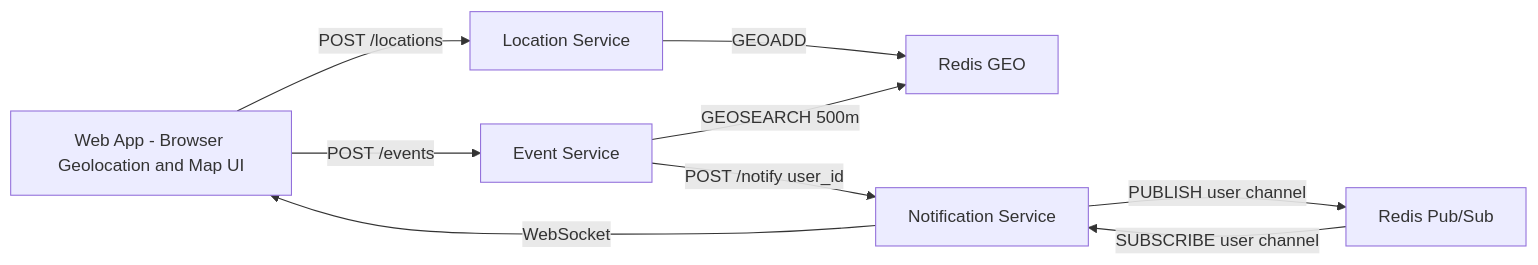
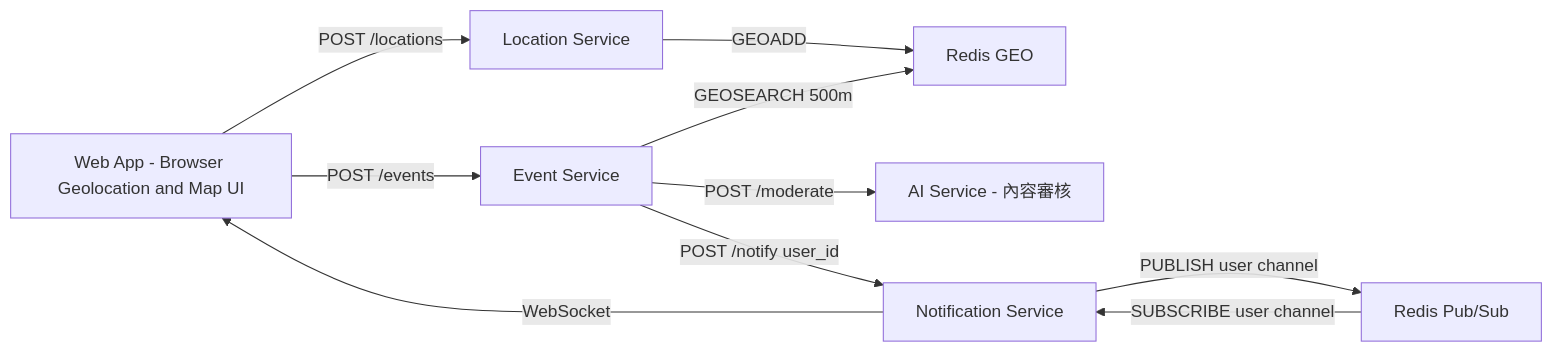
One commit to PattyShih/realtime_map_notice changed the diagram in system.md. Above: the diagram before and after it, drawn with Mermaid. The commit also changed other lines of this file and 2 other files, not shown here.

````diff
--- a/system.md
+++ b/system.md
@@ -19,11 +19,12 @@
 ```mermaid
 flowchart LR
     App["Web App - Browser Geolocation and Map UI"] -->|"POST /locations"| Location["Location Service"]
     Location -->|"GEOADD"| RedisGeo["Redis GEO"]
     App -->|"POST /events"| Event["Event Service"]
+    Event -->|"POST /moderate"| AI["AI Service - 內容審核"]
     Event -->|"GEOSEARCH 500m"| RedisGeo
     Event -->|"POST /notify user_id"| Notify["Notification Service"]
     Notify -->|"PUBLISH user channel"| RedisPubSub["Redis Pub/Sub"]
     RedisPubSub -->|"SUBSCRIBE user channel"| Notify
     Notify -->|"WebSocket"| App
 ```
````
